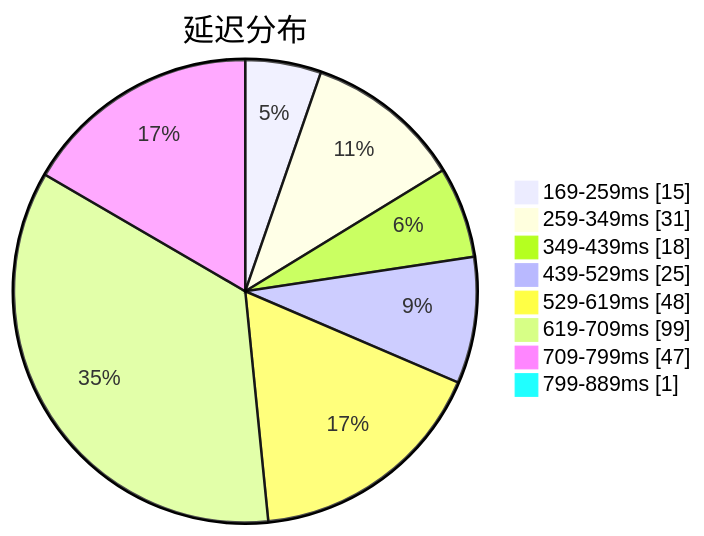
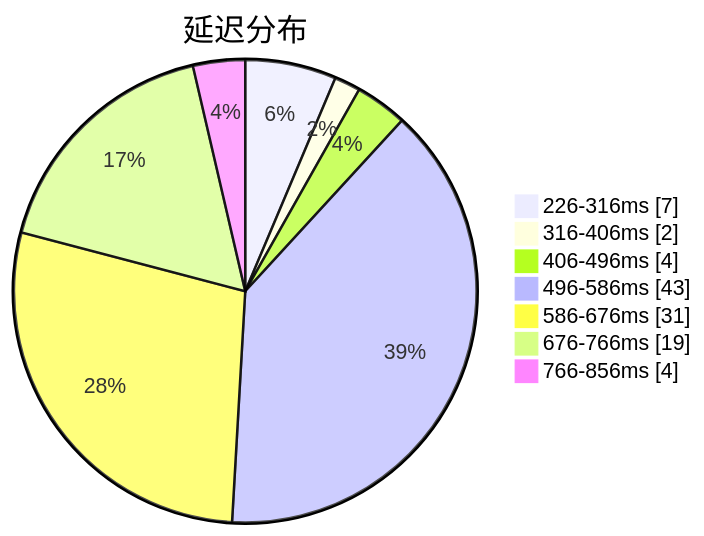
One commit to qjlxg/airport changed the first of 3 diagrams in subs/statistics/tested_within.md. Above: the diagram before and after it, drawn with Mermaid. The commit also changed other lines of this file and 2 other files, not shown here.

Commit message:
Tested by metaST

````diff
--- a/subs/statistics/tested_within.md
+++ b/subs/statistics/tested_within.md
@@ -2,12 +2,11 @@
 ```mermaid
 pie showData
 title 延迟分布
-"169-259ms" : 15
-"259-349ms" : 31
-"349-439ms" : 18
-"439-529ms" : 25
-"529-619ms" : 48
-"619-709ms" : 99
-"709-799ms" : 47
-"799-889ms" : 1
+"226-316ms" : 7
+"316-406ms" : 2
+"406-496ms" : 4
+"496-586ms" : 43
+"586-676ms" : 31
+"676-766ms" : 19
+"766-856ms" : 4
 ```
````
